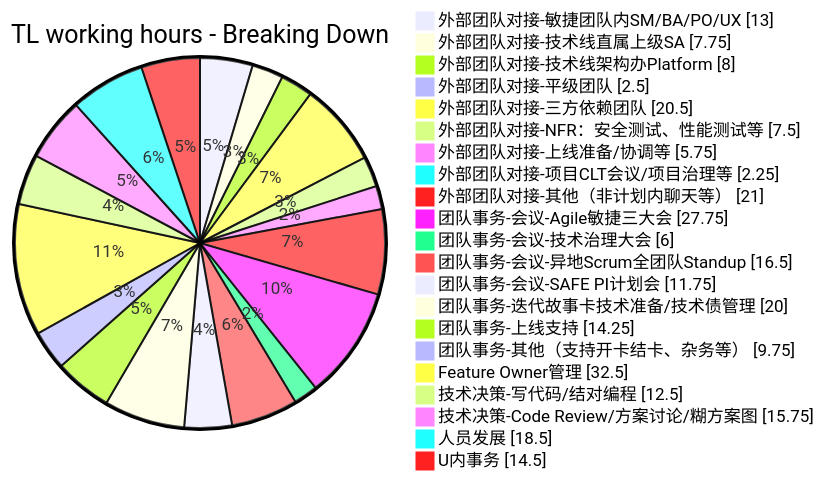
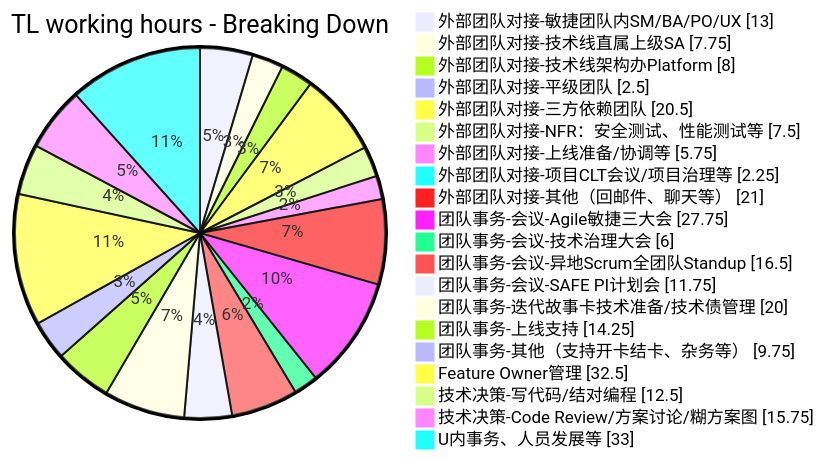
The second of 3 diagrams in _posts/2023-08-01-my-tech-lead-journey-i.md (EthanLin-TWer/blog), drawn with Mermaid before and after one commit. The commit also changed other lines of this file and 1 other file, not shown here.

Commit message:
🌞post: update latest and final Q3 timing datapoints

````diff
--- a/_posts/2023-08-01-my-tech-lead-journey-i.md
+++ b/_posts/2023-08-01-my-tech-lead-journey-i.md
@@ -32,29 +32,28 @@
 ```mermaid
-%%{init: {"pie": {"textPosition": 0.5, "useWidth": 1310}, "themeVariables": {"pieOuterStrokeWidth": "3px"}} }%%
+%%{init: {"pie": {"textPosition": 0.5, "useMaxWidth": true}, "themeVariables": {"pieOuterStrokeWidth": "3px"}} }%%
 pie showData title TL working hours - Breaking Down
   "外部团队对接-敏捷团队内SM/BA/PO/UX": 13
   "外部团队对接-技术线直属上级SA": 7.75
   "外部团队对接-技术线架构办Platform": 8
   "外部团队对接-平级团队": 2.5
   "外部团队对接-三方依赖团队": 20.5
   "外部团队对接-NFR：安全测试、性能测试等": 7.5
   "外部团队对接-上线准备/协调等": 5.75
   "外部团队对接-项目CLT会议/项目治理等": 2.25
-  "外部团队对接-其他（非计划内聊天等）": 21
+  "外部团队对接-其他（回邮件、聊天等）": 21
   
   "团队事务-会议-Agile敏捷三大会": 27.75
   "团队事务-会议-技术治理大会": 6
   "团队事务-会议-异地Scrum全团队Standup": 16.5
   "团队事务-会议-SAFE PI计划会": 11.75
   "团队事务-迭代故事卡技术准备/技术债管理": 20
   "团队事务-上线支持": 14.25
   "团队事务-其他（支持开卡结卡、杂务等）": 9.75
 
   "Feature Owner管理": 32.5
 
   "技术决策-写代码/结对编程": 12.5
   "技术决策-Code Review/方案讨论/糊方案图": 15.75
 
-  "人员发展": 18.5
-  "U内事务": 14.5
+  "U内事务、人员发展等": 33
 ```
````
